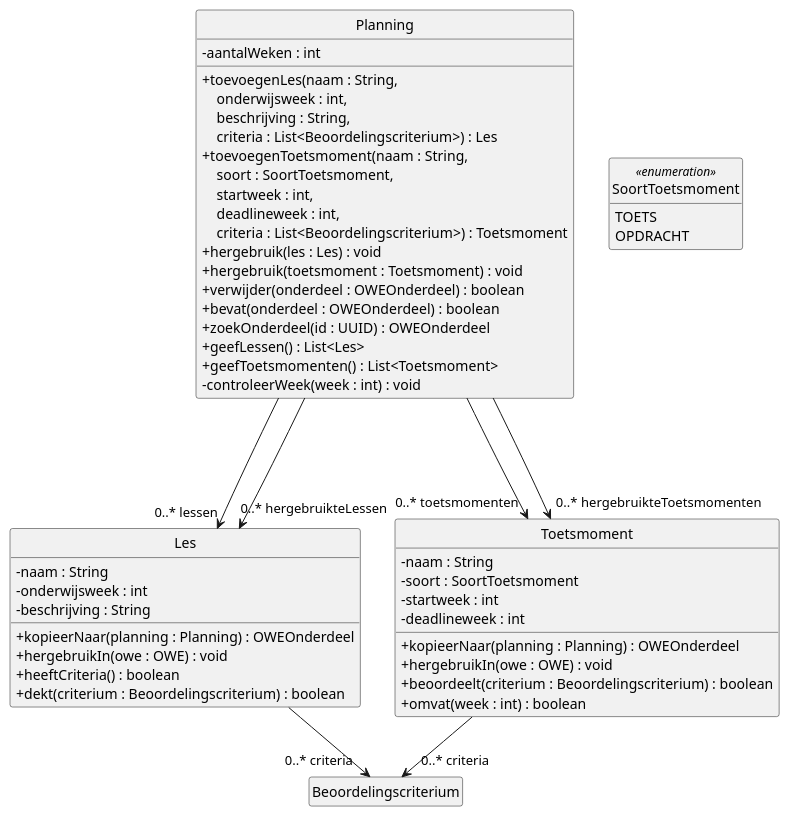
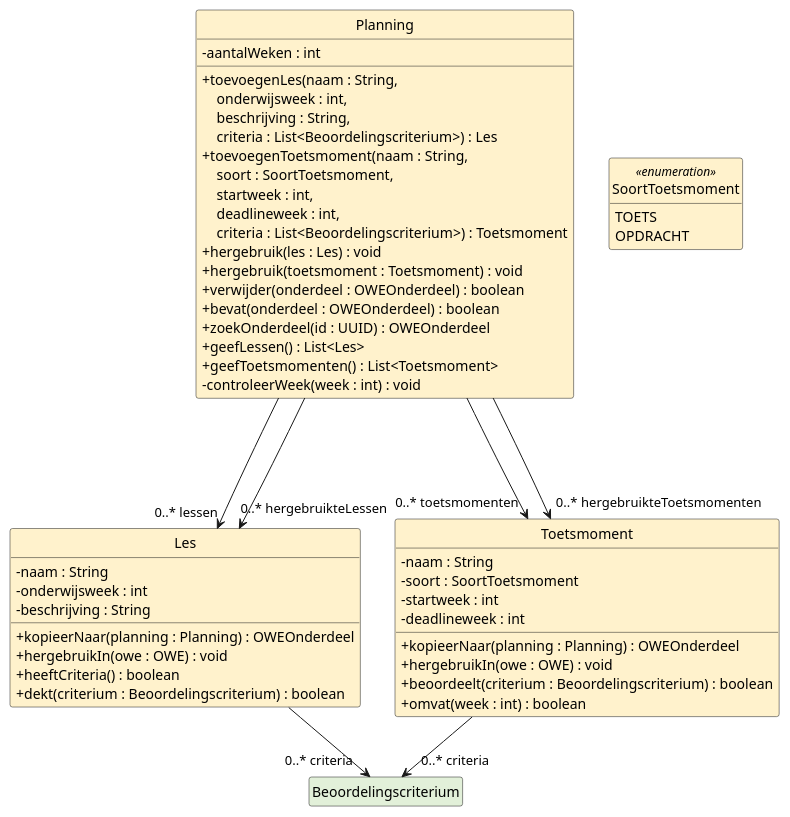
Before and after one commit to HAN-Craftsmanship-KL-JJG/casus: the diagram in docs/diagrams/klassendiagram-planning.puml, drawn with PlantUML. The commit also changed 12 other files, not shown here.

First line of the commit message:
docs: colour each class by the diagram that defines it

```diff
--- a/docs/diagrams/klassendiagram-planning.puml
+++ b/docs/diagrams/klassendiagram-planning.puml
@@ -1,66 +1,67 @@
 @startuml klassendiagram-planning
 ' Design class diagram van ICDE: de planning. Toelichting: docs/07-klassendiagram.md
 ' Getters en setters staan er niet in, zoals bij Larman (7.6).
 ' Een klasse zonder attributen en operaties staat volledig in een ander klassendiagram.
+' De kleur van een klasse is de kleur van het diagram waarin ze volledig staat.
 skinparam style strictuml
 skinparam shadowing false
 skinparam defaultFontName Helvetica
 skinparam classAttributeIconSize 0
 hide empty members
 
-class Planning {
+class Planning #FFF2CC {
   - aantalWeken : int
   + toevoegenLes(naam : String,\n    \
 onderwijsweek : int,\n    \
 beschrijving : String,\n    \
 criteria : List<Beoordelingscriterium>) : Les
   + toevoegenToetsmoment(naam : String,\n    \
 soort : SoortToetsmoment,\n    \
 startweek : int,\n    \
 deadlineweek : int,\n    \
 criteria : List<Beoordelingscriterium>) : Toetsmoment
   + hergebruik(les : Les) : void
   + hergebruik(toetsmoment : Toetsmoment) : void
   + verwijder(onderdeel : OWEOnderdeel) : boolean
   + bevat(onderdeel : OWEOnderdeel) : boolean
   + zoekOnderdeel(id : UUID) : OWEOnderdeel
   + geefLessen() : List<Les>
   + geefToetsmomenten() : List<Toetsmoment>
   - controleerWeek(week : int) : void
 }
 
-class Les {
+class Les #FFF2CC {
   - naam : String
   - onderwijsweek : int
   - beschrijving : String
   + kopieerNaar(planning : Planning) : OWEOnderdeel
   + hergebruikIn(owe : OWE) : void
   + heeftCriteria() : boolean
   + dekt(criterium : Beoordelingscriterium) : boolean
 }
 
-class Toetsmoment {
+class Toetsmoment #FFF2CC {
   - naam : String
   - soort : SoortToetsmoment
   - startweek : int
   - deadlineweek : int
   + kopieerNaar(planning : Planning) : OWEOnderdeel
   + hergebruikIn(owe : OWE) : void
   + beoordeelt(criterium : Beoordelingscriterium) : boolean
   + omvat(week : int) : boolean
 }
 
-enum SoortToetsmoment <<enumeration>> {
+enum SoortToetsmoment <<enumeration>> #FFF2CC {
   TOETS
   OPDRACHT
 }
 
-class Beoordelingscriterium
+class Beoordelingscriterium #E2F0D9
 
 Planning --> "0..* lessen" Les
 Planning --> "0..* toetsmomenten" Toetsmoment
 Planning ---> "0..* hergebruikteLessen" Les
 Planning ---> "0..* hergebruikteToetsmomenten" Toetsmoment
 Les --> "0..* criteria" Beoordelingscriterium
 Toetsmoment --> "0..* criteria" Beoordelingscriterium
 @enduml
```
